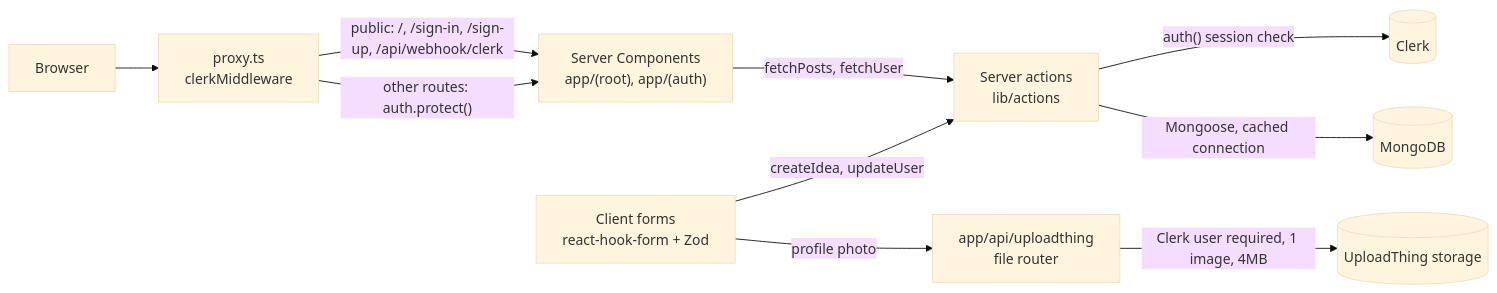
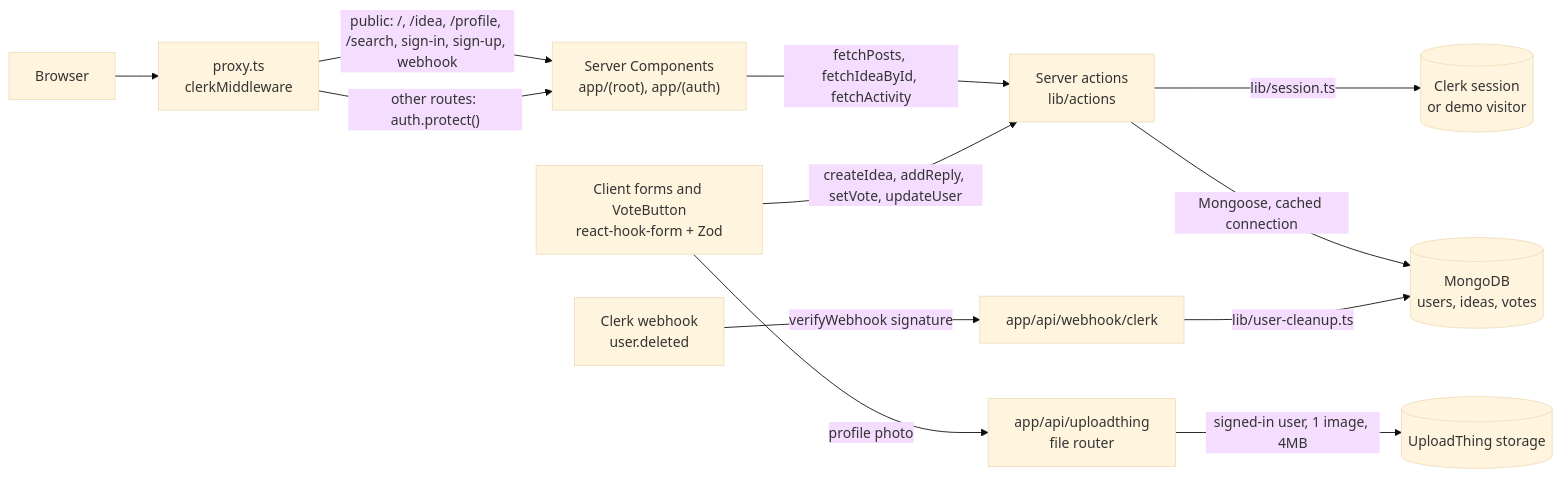
Before and after one commit to Sagargupta16/brainstorm-verse: the diagram in README.md, drawn with Mermaid (base theme). The commit also changed other lines of this file and 58 other files, not shown here.

First line of the commit message:
feat: release 1.5.0 with upvotes, idea threads, profiles, search and demo mode (#533)

````diff
--- a/README.md
+++ b/README.md
@@ -37,12 +60,14 @@
 ```mermaid
 flowchart LR
   B["Browser"] --> P["proxy.ts<br/>clerkMiddleware"]
-  P -->|"public: /, /sign-in, /sign-up, /api/webhook/clerk"| RSC["Server Components<br/>app/(root), app/(auth)"]
+  P -->|"public: /, /idea, /profile, /search, sign-in, sign-up, webhook"| RSC["Server Components<br/>app/(root), app/(auth)"]
   P -->|"other routes: auth.protect()"| RSC
-  RSC -->|"fetchPosts, fetchUser"| SA["Server actions<br/>lib/actions"]
-  F["Client forms<br/>react-hook-form + Zod"] -->|"createIdea, updateUser"| SA
-  SA -->|"auth() session check"| CL[("Clerk")]
-  SA -->|"Mongoose, cached connection"| DB[("MongoDB")]
+  RSC -->|"fetchPosts, fetchIdeaById, fetchActivity"| SA["Server actions<br/>lib/actions"]
+  F["Client forms and VoteButton<br/>react-hook-form + Zod"] -->|"createIdea, addReply, setVote, updateUser"| SA
+  SA -->|"lib/session.ts"| CL[("Clerk session<br/>or demo visitor")]
+  SA -->|"Mongoose, cached connection"| DB[("MongoDB<br/>users, ideas, votes")]
   F -->|"profile photo"| UT["app/api/uploadthing<br/>file router"]
-  UT -->|"Clerk user required, 1 image, 4MB"| UTS[("UploadThing storage")]
+  UT -->|"signed-in user, 1 image, 4MB"| UTS[("UploadThing storage")]
+  CW["Clerk webhook<br/>user.deleted"] -->|"verifyWebhook signature"| WH["app/api/webhook/clerk"]
+  WH -->|"lib/user-cleanup.ts"| DB
 ```
````
